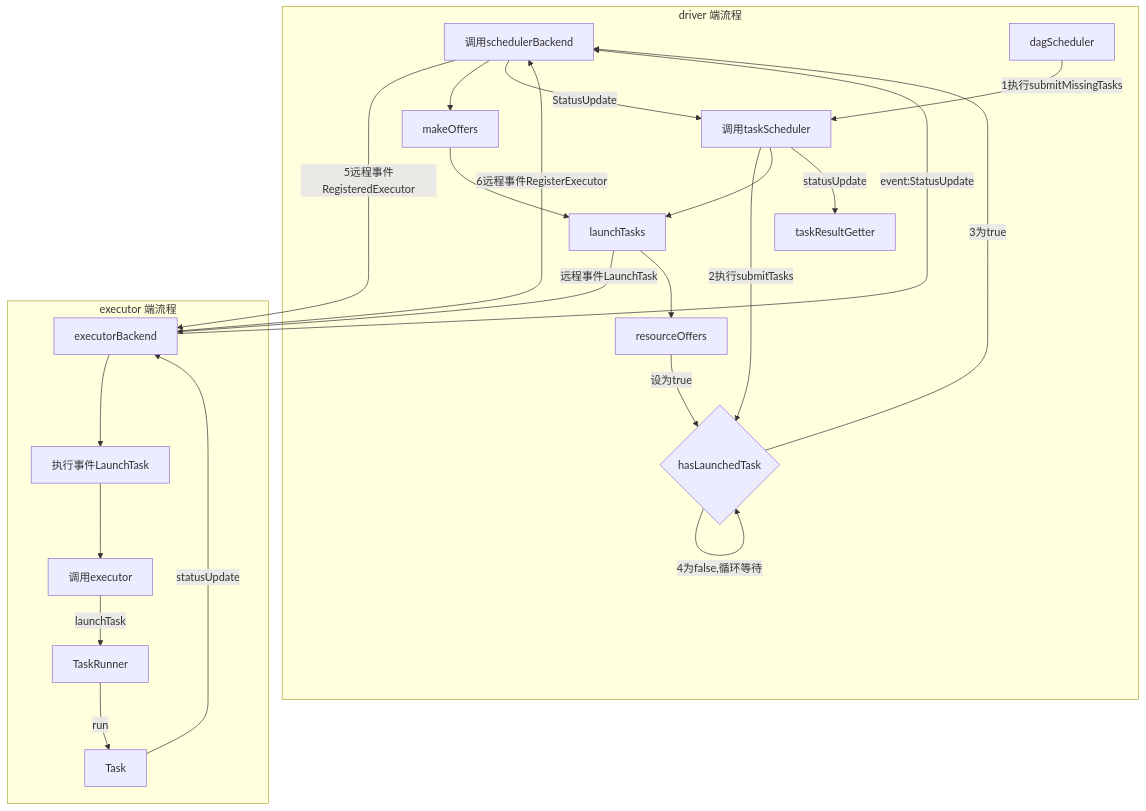
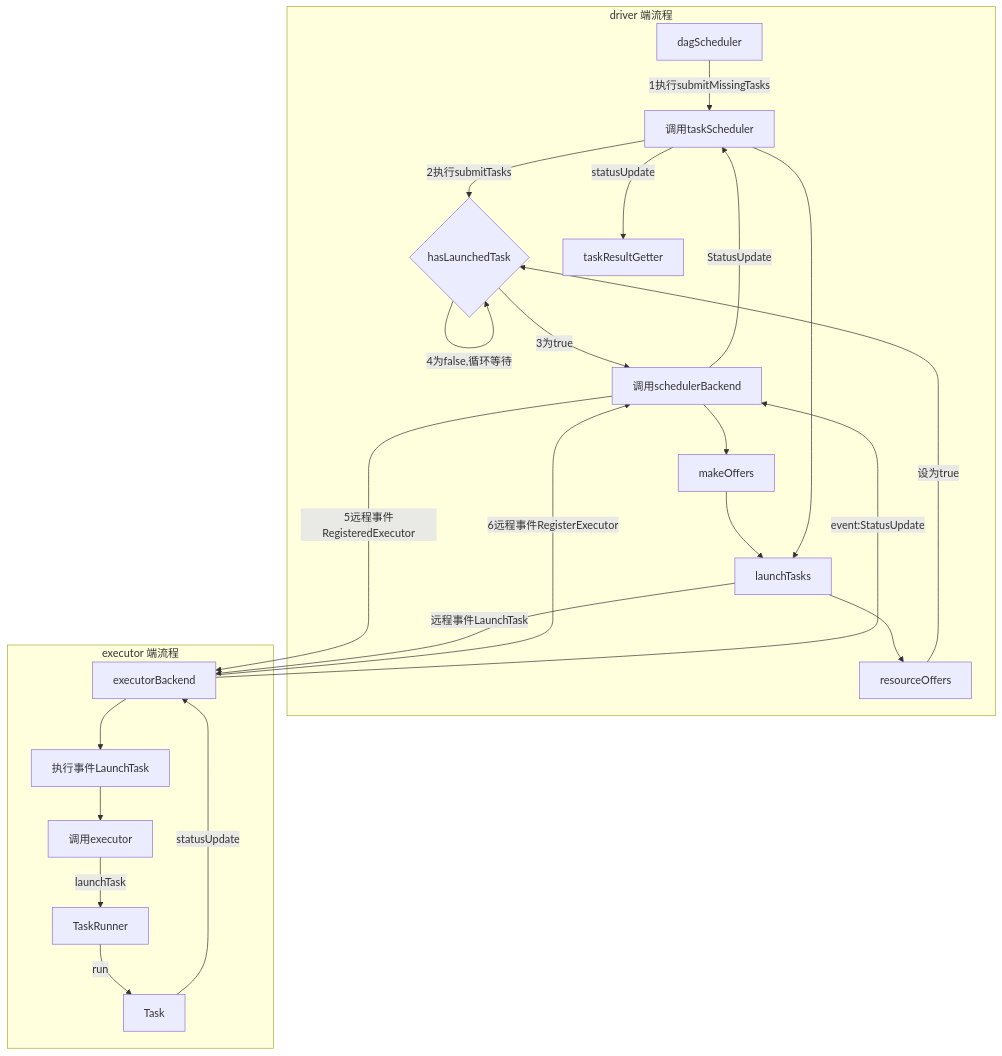
Before and after one commit to mzl9039/mzl9039.github.io: the second of 2 diagrams in _posts/2018-3-5-spark-源码分析-任务分发与执行流程.md, drawn with Mermaid.

```diff
--- a/_posts/2018-3-5-spark-源码分析-任务分发与执行流程.md
+++ b/_posts/2018-3-5-spark-源码分析-任务分发与执行流程.md
@@ -37,27 +37,27 @@
 <div class="mermaid">
-graph TB
-    schedulerBackend-->|5远程事件RegisteredExecutor|executorBackend
-    launchTasks-->|远程事件LaunchTask|executorBackend
+graph TB    
     subgraph driver 端流程
     dagScheduler-->|1执行submitMissingTasks|taskScheduler[调用taskScheduler]
     taskScheduler-->|2执行submitTasks|hasLaunchedTask{hasLaunchedTask}
     hasLaunchedTask-->|3为true|schedulerBackend[调用schedulerBackend]
     hasLaunchedTask-->|4为false,循环等待|hasLaunchedTask    
     schedulerBackend-->makeOffers
     makeOffers-->launchTasks
     taskScheduler-->launchTasks
     launchTasks-->resourceOffers
     resourceOffers-->|设为true|hasLaunchedTask    
     schedulerBackend-->|StatusUpdate|taskScheduler
     taskScheduler-->|statusUpdate|taskResultGetter
     end
     subgraph executor 端流程    
     executorBackend-->|6远程事件RegisterExecutor|schedulerBackend    
     executorBackend-->LaunchTask[执行事件LaunchTask]
     LaunchTask-->executor[调用executor]
     executor-->|launchTask|TaskRunner
     TaskRunner-->|run|Task
     Task-->|statusUpdate|executorBackend
     executorBackend-->|event:StatusUpdate|schedulerBackend
     end
+    schedulerBackend-->|5远程事件RegisteredExecutor|executorBackend
+    launchTasks-->|远程事件LaunchTask|executorBackend
 </div>
```
